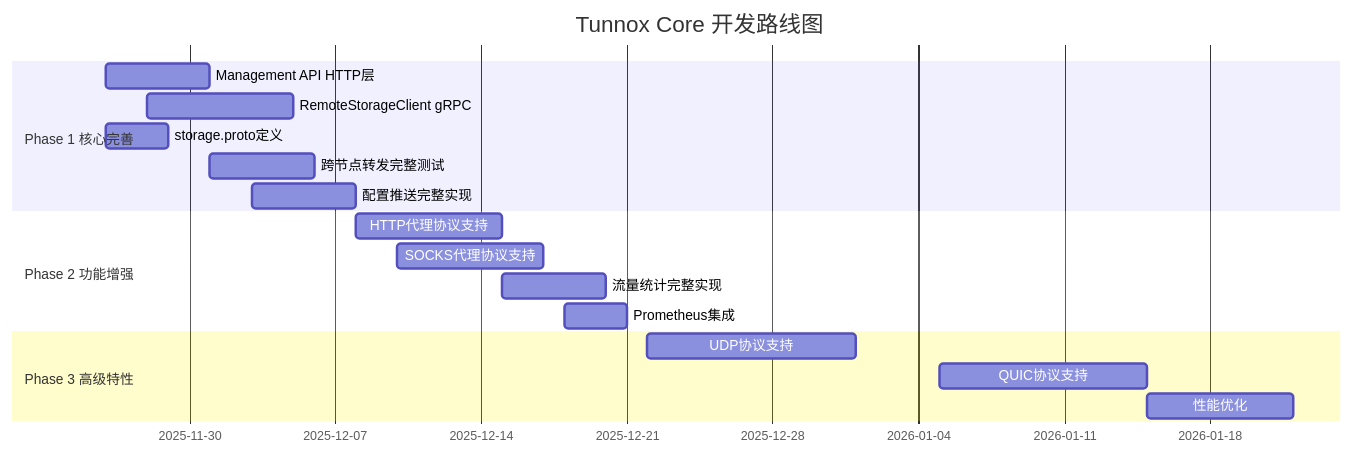
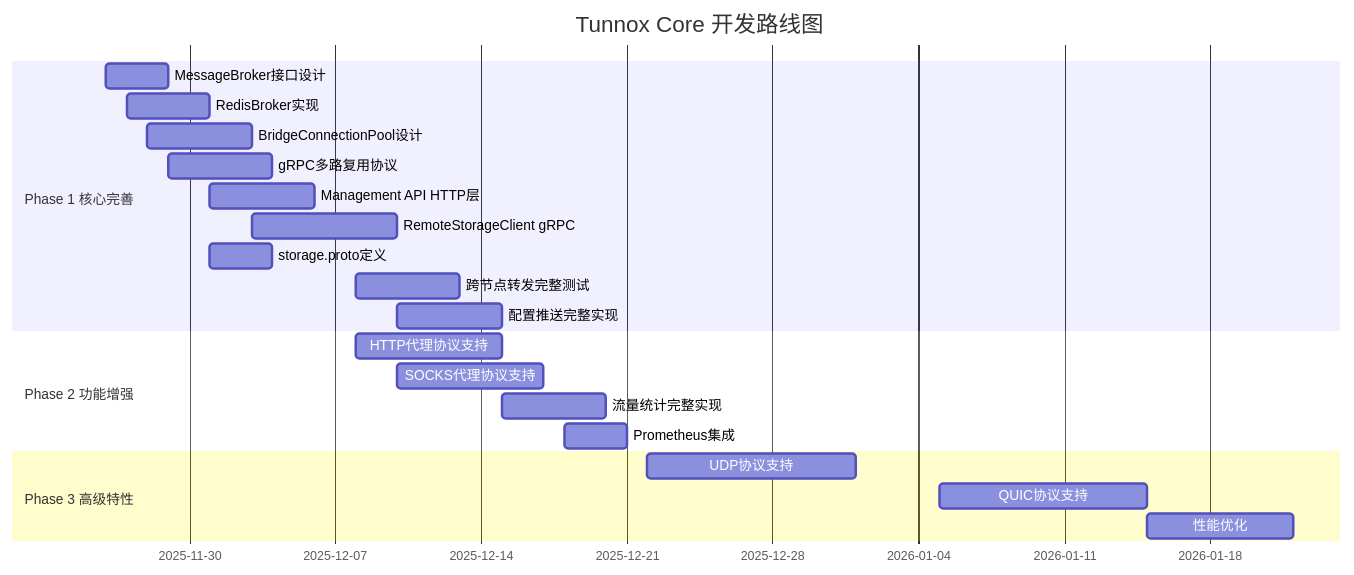
Before and after one commit to tunnox-net/tunnox-core: diagram 37 of 42 in docs/ARCHITECTURE_DESIGN_V2.2.md, drawn with Mermaid. The commit also changed other lines of this file, not shown here.

First line of the commit message:
feat: 增加 MessageBroker 抽象层和 BridgeConnectionPool 连接池设计

````diff
--- a/docs/ARCHITECTURE_DESIGN_V2.2.md
+++ b/docs/ARCHITECTURE_DESIGN_V2.2.md
@@ -2444,22 +3138,26 @@
 ```mermaid
 gantt
     title Tunnox Core 开发路线图
     dateFormat YYYY-MM-DD
     section Phase 1 核心完善
-    Management API HTTP层     :a1, 2025-11-26, 5d
-    RemoteStorageClient gRPC  :a2, 2025-11-28, 7d
-    storage.proto定义         :a3, 2025-11-26, 3d
-    跨节点转发完整测试        :a4, 2025-12-01, 5d
-    配置推送完整实现          :a5, 2025-12-03, 5d
+    MessageBroker接口设计     :a0, 2025-11-26, 3d
+    RedisBroker实现           :a1, 2025-11-27, 4d
+    BridgeConnectionPool设计  :a2, 2025-11-28, 5d
+    gRPC多路复用协议          :a3, 2025-11-29, 5d
+    Management API HTTP层     :a4, 2025-12-01, 5d
+    RemoteStorageClient gRPC  :a5, 2025-12-03, 7d
+    storage.proto定义         :a6, 2025-12-01, 3d
+    跨节点转发完整测试        :a7, 2025-12-08, 5d
+    配置推送完整实现          :a8, 2025-12-10, 5d
     
     section Phase 2 功能增强
     HTTP代理协议支持          :b1, 2025-12-08, 7d
     SOCKS代理协议支持         :b2, 2025-12-10, 7d
     流量统计完整实现          :b3, 2025-12-15, 5d
     Prometheus集成            :b4, 2025-12-18, 3d
     
     section Phase 3 高级特性
     UDP协议支持               :c1, 2025-12-22, 10d
     QUIC协议支持              :c2, 2026-01-05, 10d
     性能优化                  :c3, 2026-01-15, 7d
 ```
````
